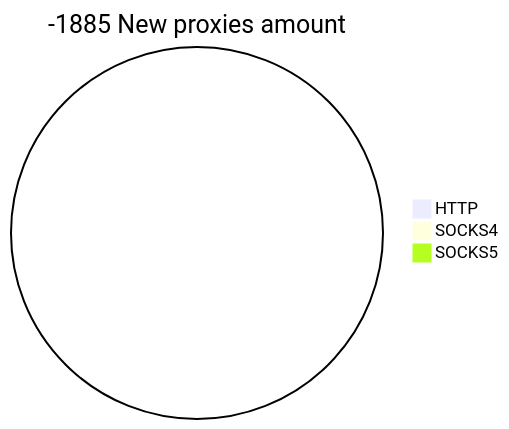
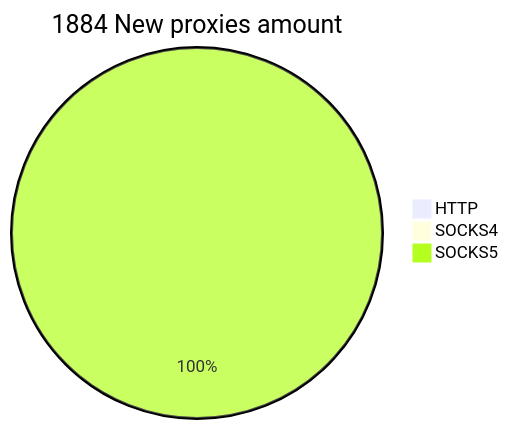
One commit to cutipu/proxylist changed the second of 2 diagrams in README.md. Above: the diagram before and after it, drawn with Mermaid. The commit also changed other lines of this file, not shown here.

````diff
--- a/README.md
+++ b/README.md
@@ -10,6 +10,6 @@
 ```mermaid
-pie title -1885 New proxies amount
+pie title 1884 New proxies amount
     "HTTP" : 0
     "SOCKS4" : 0
-    "SOCKS5" : 0
+    "SOCKS5" : 1884
 ```
````
